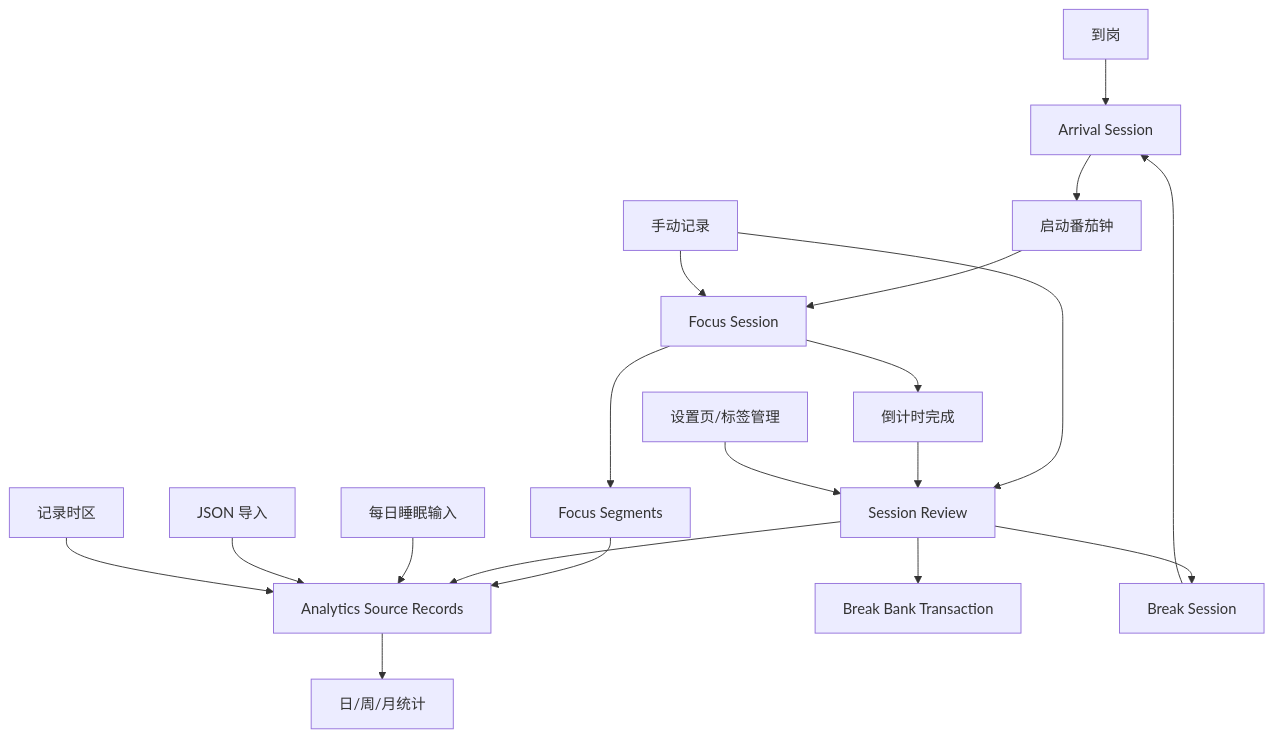
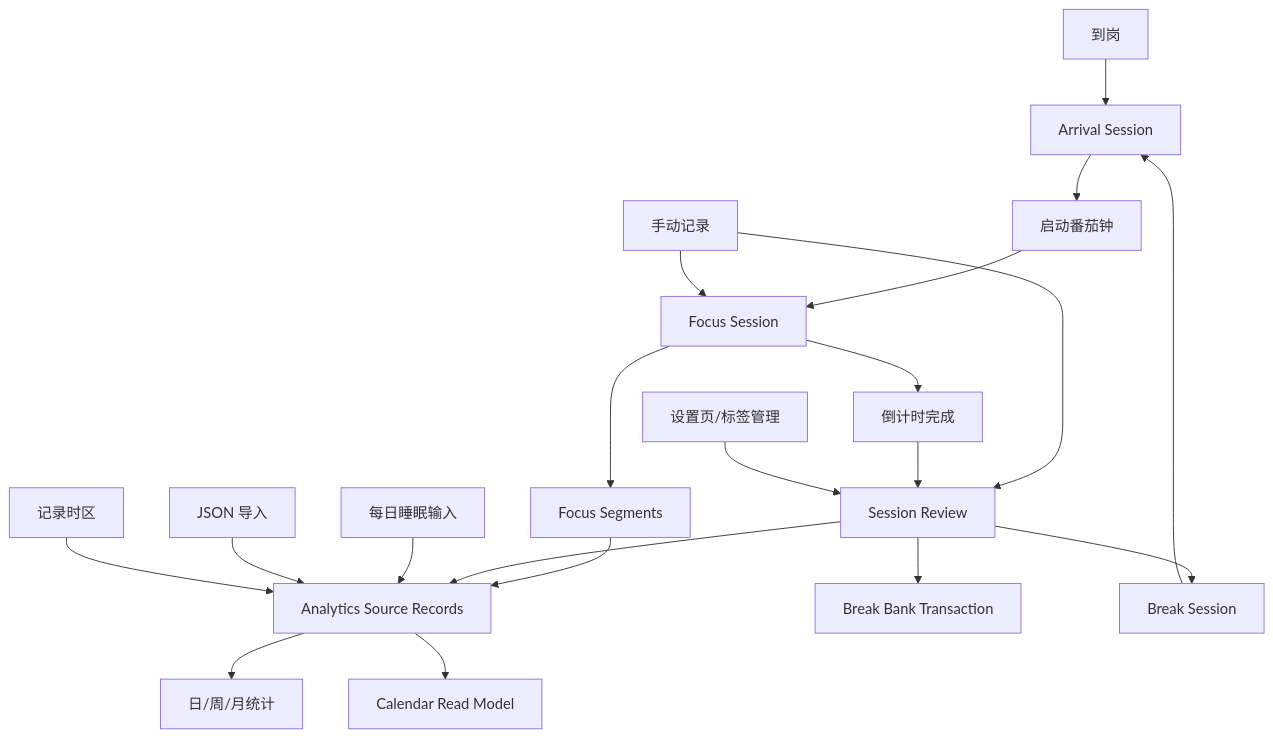
Before and after one commit to lapse-code/status-record: the diagram in docs/module-map.md, drawn with Mermaid. The commit also changed other lines of this file and 10 other files, not shown here.

````diff
--- a/docs/module-map.md
+++ b/docs/module-map.md
@@ -80,21 +85,22 @@
 ```mermaid
 flowchart TD
   A["到岗"] --> B["Arrival Session"]
   B --> C["启动番茄钟"]
   C --> D["Focus Session"]
   M["手动记录"] --> D
   M --> F
   D --> E["倒计时完成"]
   D --> S["Focus Segments"]
   S --> H
   E --> F["Session Review"]
   F --> G["Break Bank Transaction"]
   F --> L["Break Session"]
   L --> B
   F --> H["Analytics Source Records"]
   I["每日睡眠输入"] --> H
   J["设置页/标签管理"] --> F
   N["JSON 导入"] --> H
   O["记录时区"] --> H
   H --> K["日/周/月统计"]
+  H --> P["Calendar Read Model"]
 ```
````
